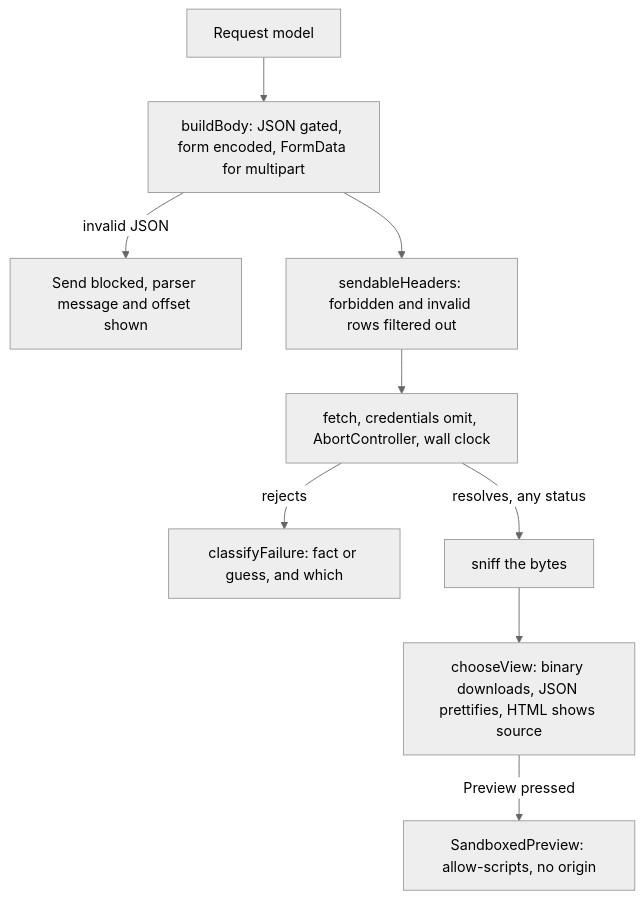
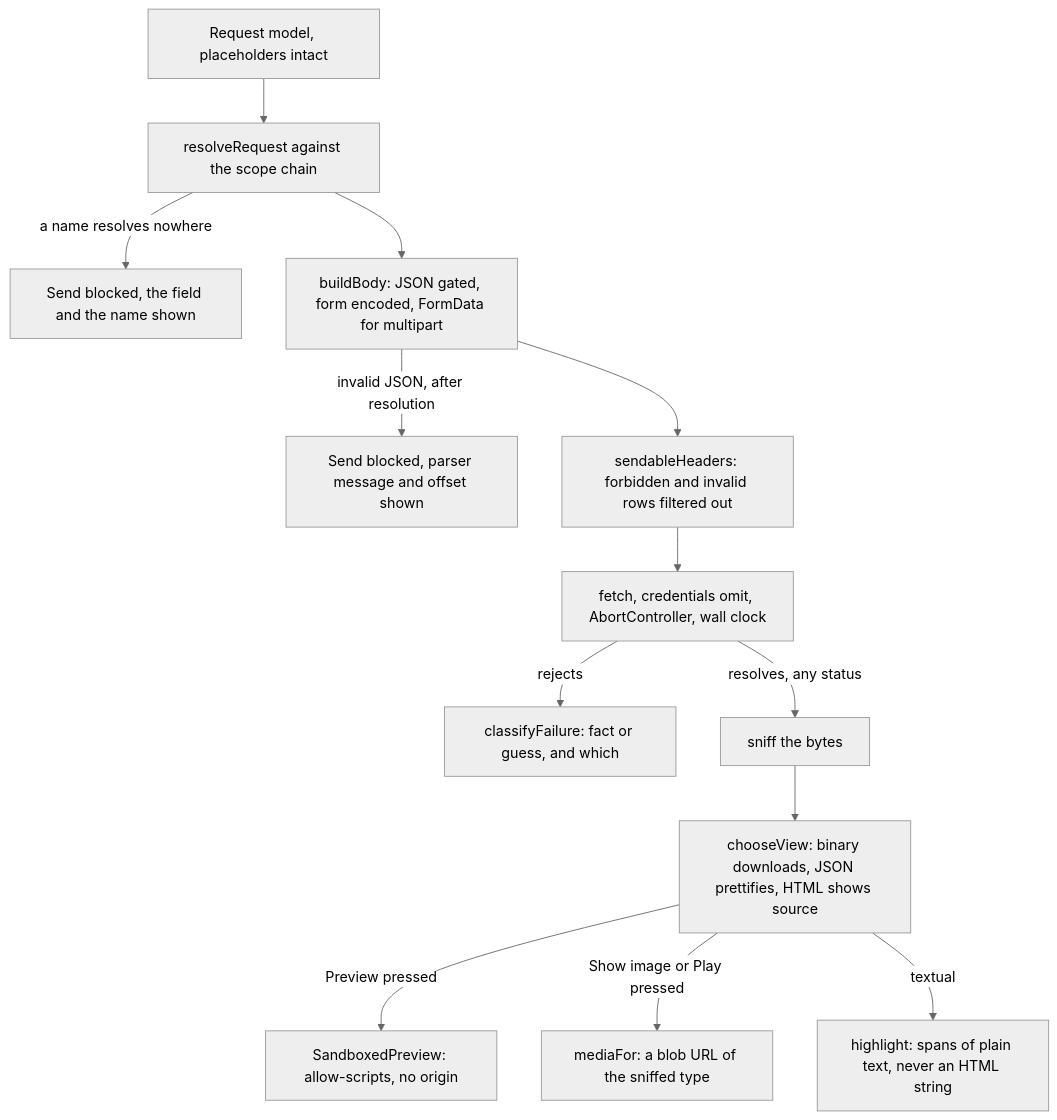
The first of 2 diagrams in docs/dev/tools/http-playground.md (Kieran-s-Artisnal-Slop-Factory/useful), drawn with Mermaid (neutral theme) before and after one commit. The commit also changed other lines of this file and 95 other files, not shown here.

````diff
--- a/docs/dev/tools/http-playground.md
+++ b/docs/dev/tools/http-playground.md
@@ -64,11 +93,15 @@
 ```mermaid
 flowchart TD
-  R["Request model"] --> B["buildBody: JSON gated, form encoded, FormData for multipart"]
-  B -->|"invalid JSON"| X["Send blocked, parser message and offset shown"]
+  R["Request model, placeholders intact"] --> RS["resolveRequest against the scope chain"]
+  RS -->|"a name resolves nowhere"| XV["Send blocked, the field and the name shown"]
+  RS --> B["buildBody: JSON gated, form encoded, FormData for multipart"]
+  B -->|"invalid JSON, after resolution"| X["Send blocked, parser message and offset shown"]
   B --> H["sendableHeaders: forbidden and invalid rows filtered out"]
   H --> F["fetch, credentials omit, AbortController, wall clock"]
   F -->|"rejects"| C["classifyFailure: fact or guess, and which"]
   F -->|"resolves, any status"| S["sniff the bytes"]
   S --> V["chooseView: binary downloads, JSON prettifies, HTML shows source"]
   V -->|"Preview pressed"| P["SandboxedPreview: allow-scripts, no origin"]
+  V -->|"Show image or Play pressed"| M["mediaFor: a blob URL of the sniffed type"]
+  V -->|"textual"| Q["highlight: spans of plain text, never an HTML string"]
 ```
````
